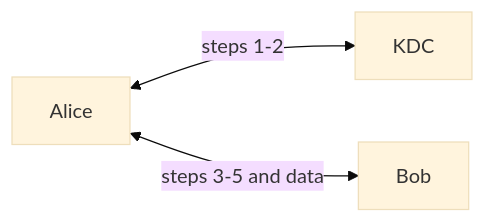
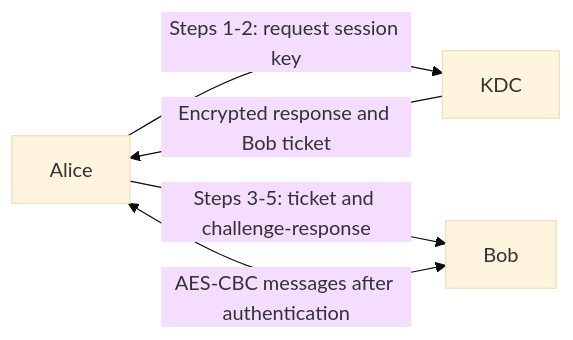
The diagram in semester-05/information-security/assignments/02-kdc-aes-manual/README.md (betasygma/academic-archive), drawn with Mermaid (base theme) before and after one commit. The commit also changed other lines of this file and 2 other files, not shown here.

````diff
--- a/semester-05/information-security/assignments/02-kdc-aes-manual/README.md
+++ b/semester-05/information-security/assignments/02-kdc-aes-manual/README.md
@@ -23,5 +31,7 @@
 ```mermaid
 flowchart LR
-    A[Alice] <-->|steps 1-2| K[KDC]
-    A <-->|steps 3-5 and data| B[Bob]
+    A[Alice] -->|Steps 1-2: request session key| K[KDC]
+    K -->|Encrypted response and Bob ticket| A
+    A -->|Steps 3-5: ticket and challenge-response| B[Bob]
+    A <-->|AES-CBC messages after authentication| B
 ```
````
